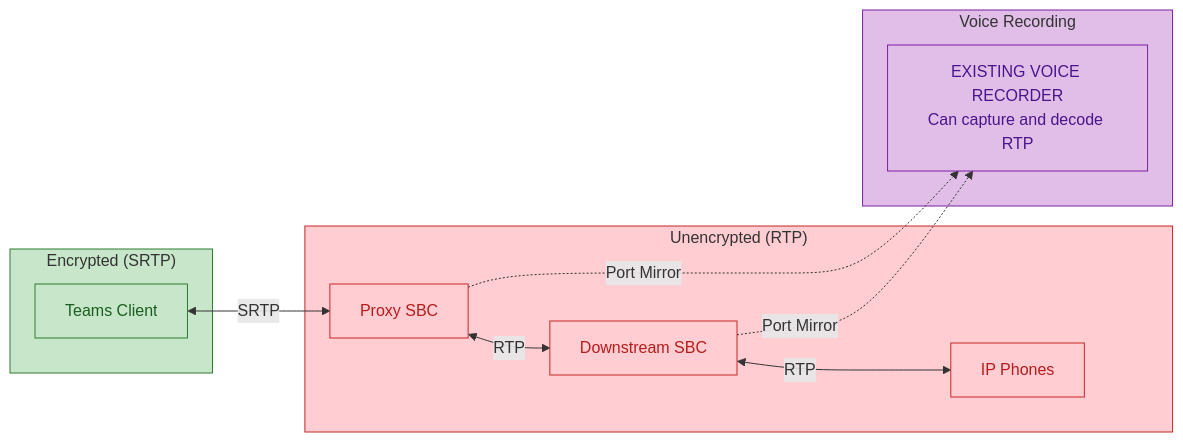
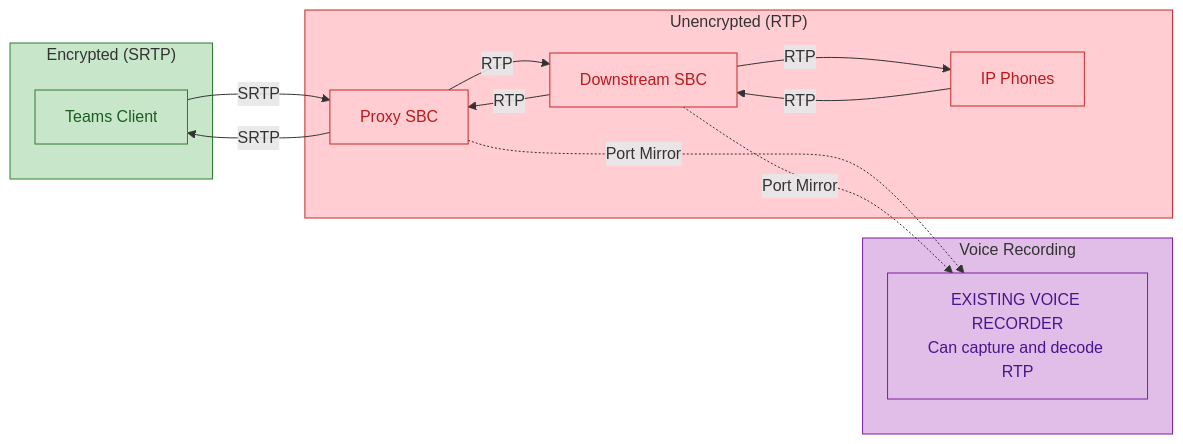
The tenth of 26 diagrams in AudioCodes-AWS-Deployment-Guide.md (kevinsing999/public), drawn with Mermaid before and after one commit. The commit also changed other lines of this file and 4 other files, not shown here.

First line of the commit message:
Fix GitHub mermaid rendering: replace unsupported syntax across 20 diagrams

````diff
--- a/AudioCodes-AWS-Deployment-Guide.md
+++ b/AudioCodes-AWS-Deployment-Guide.md
@@ -2652,34 +2651,37 @@
 ```mermaid
 flowchart LR
     subgraph Encrypted["Encrypted (SRTP)"]
         style Encrypted fill:#c8e6c9,stroke:#2e7d32
         Teams["Teams Client"]
     end
 
     subgraph Unencrypted["Unencrypted (RTP)"]
         style Unencrypted fill:#ffcdd2,stroke:#c62828
         ProxySBC["Proxy SBC"]
         DownstreamSBC["Downstream SBC"]
         IPPhones["IP Phones"]
     end
 
     subgraph Recording["Voice Recording"]
         style Recording fill:#e1bee7,stroke:#7b1fa2
         Recorder["EXISTING VOICE RECORDER<br/>Can capture and decode RTP"]
     end
 
-    Teams <-->|"SRTP"| ProxySBC
-    ProxySBC <-->|"RTP"| DownstreamSBC
-    DownstreamSBC <-->|"RTP"| IPPhones
+    Teams -->|"SRTP"| ProxySBC
+    ProxySBC -->|"SRTP"| Teams
+    ProxySBC -->|"RTP"| DownstreamSBC
+    DownstreamSBC -->|"RTP"| ProxySBC
+    DownstreamSBC -->|"RTP"| IPPhones
+    IPPhones -->|"RTP"| DownstreamSBC
 
     ProxySBC -.->|"Port Mirror"| Recorder
     DownstreamSBC -.->|"Port Mirror"| Recorder
 
     classDef encrypted fill:#c8e6c9,stroke:#2e7d32,color:#1b5e20
     classDef unencrypted fill:#ffcdd2,stroke:#c62828,color:#b71c1c
     classDef recorder fill:#e1bee7,stroke:#7b1fa2,color:#4a148c
 
     class Teams encrypted
     class ProxySBC,DownstreamSBC,IPPhones unencrypted
     class Recorder recorder
 ```
````
